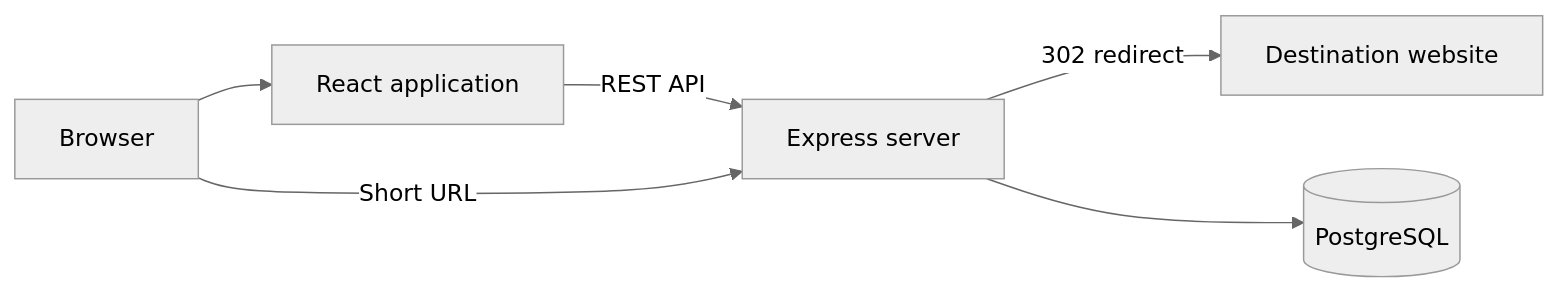
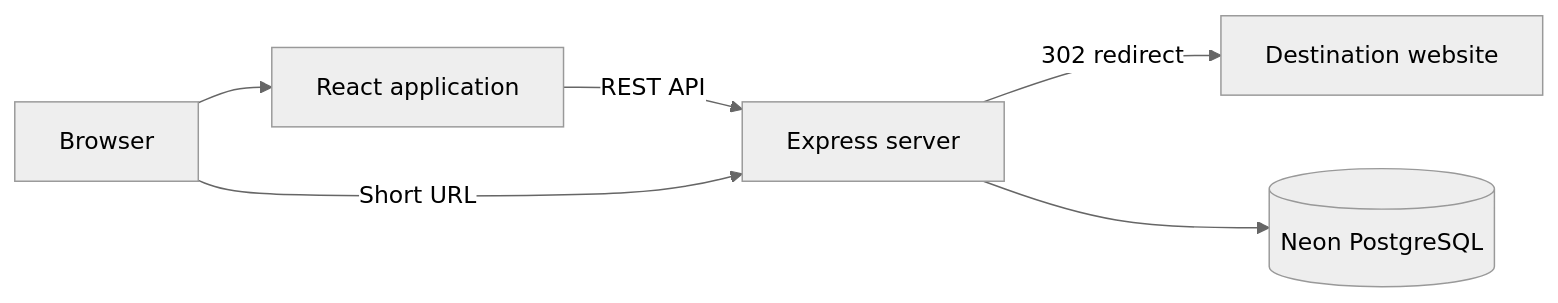
Before and after one commit to Sahana05S/URL_Shortener: the diagram in README.md, drawn with Mermaid (neutral theme). The commit also changed other lines of this file and 29 other files, not shown here.

````diff
--- a/README.md
+++ b/README.md
@@ -55,8 +62,8 @@
 ```mermaid
 flowchart LR
   Browser --> React[React application]
   React -->|REST API| Express[Express server]
   Browser -->|Short URL| Express
   Express -->|302 redirect| Destination[Destination website]
-  Express --> Postgres[(PostgreSQL)]
+  Express --> Postgres[(Neon PostgreSQL)]
 ```
````
